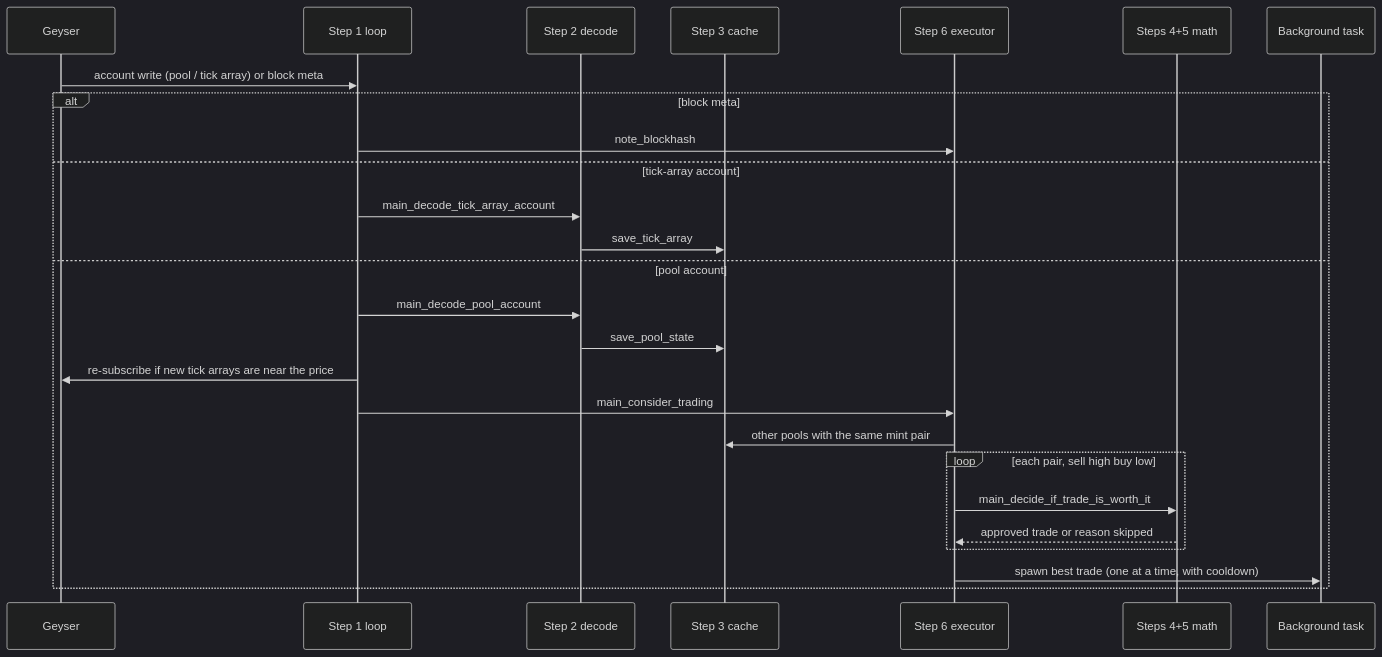
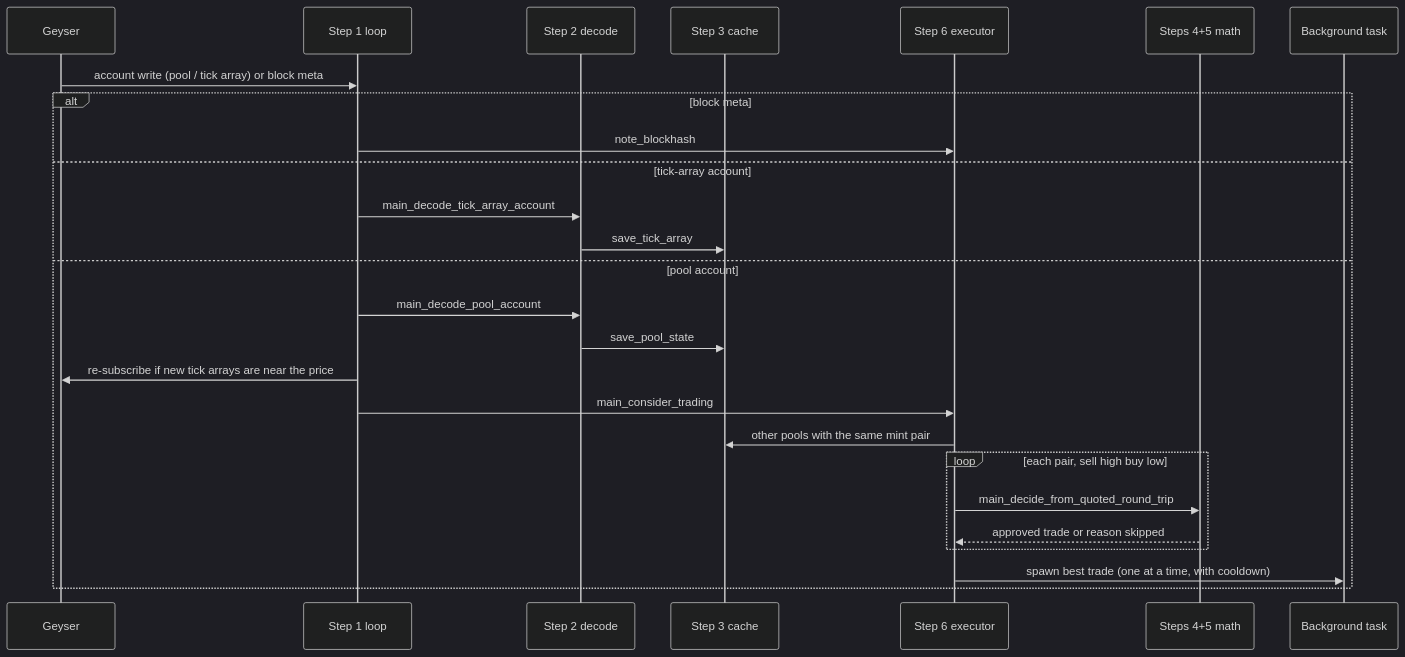
The second of 2 diagrams in ARCHITECTURE.md (viraj-mahida/arb-bot), drawn with Mermaid (dark theme) before and after one commit. The commit also changed 13 other files, not shown here.

````diff
--- a/ARCHITECTURE.md
+++ b/ARCHITECTURE.md
@@ -80,29 +80,29 @@
 ```mermaid
 sequenceDiagram
     participant G as Geyser
     participant L as Step 1 loop
     participant D as Step 2 decode
     participant C as Step 3 cache
     participant E as Step 6 executor
     participant Q as Steps 4+5 math
     participant T as Background task
 
     G->>L: account write (pool / tick array) or block meta
     alt block meta
         L->>E: note_blockhash
     else tick-array account
         L->>D: main_decode_tick_array_account
         D->>C: save_tick_array
     else pool account
         L->>D: main_decode_pool_account
         D->>C: save_pool_state
         L->>G: re-subscribe if new tick arrays are near the price
         L->>E: main_consider_trading
         E->>C: other pools with the same mint pair
         loop each pair, sell high buy low
-            E->>Q: main_decide_if_trade_is_worth_it
+            E->>Q: main_decide_from_quoted_round_trip
             Q-->>E: approved trade or reason skipped
         end
         E->>T: spawn best trade (one at a time, with cooldown)
     end
 ```
````
